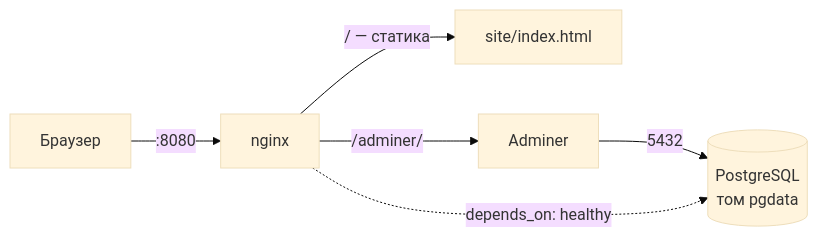
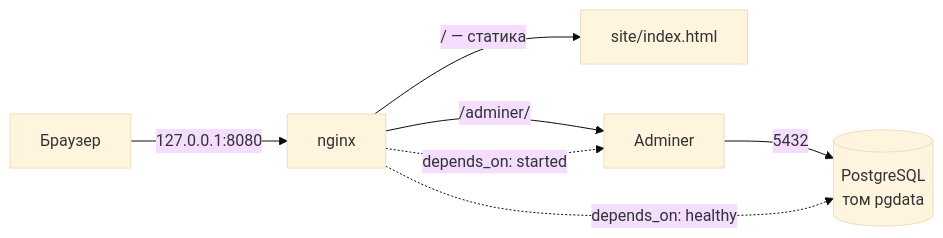
Before and after one commit to XOLODVETRA/docker-stand: the diagram in README.md, drawn with Mermaid (base theme). The commit also changed other lines of this file, not shown here.

````diff
--- a/README.md
+++ b/README.md
@@ -15,8 +17,9 @@
 ```mermaid
 flowchart LR
-    Browser["Браузер"] -->|":8080"| Nginx["nginx"]
+    Browser["Браузер"] -->|"127.0.0.1:8080"| Nginx["nginx"]
     Nginx -->|"/ — статика"| Site["site/index.html"]
     Nginx -->|"/adminer/"| Adminer["Adminer"]
     Adminer -->|"5432"| DB[("PostgreSQL<br/>том pgdata")]
     Nginx -.->|"depends_on: healthy"| DB
+    Nginx -.->|"depends_on: started"| Adminer
 ```
````
